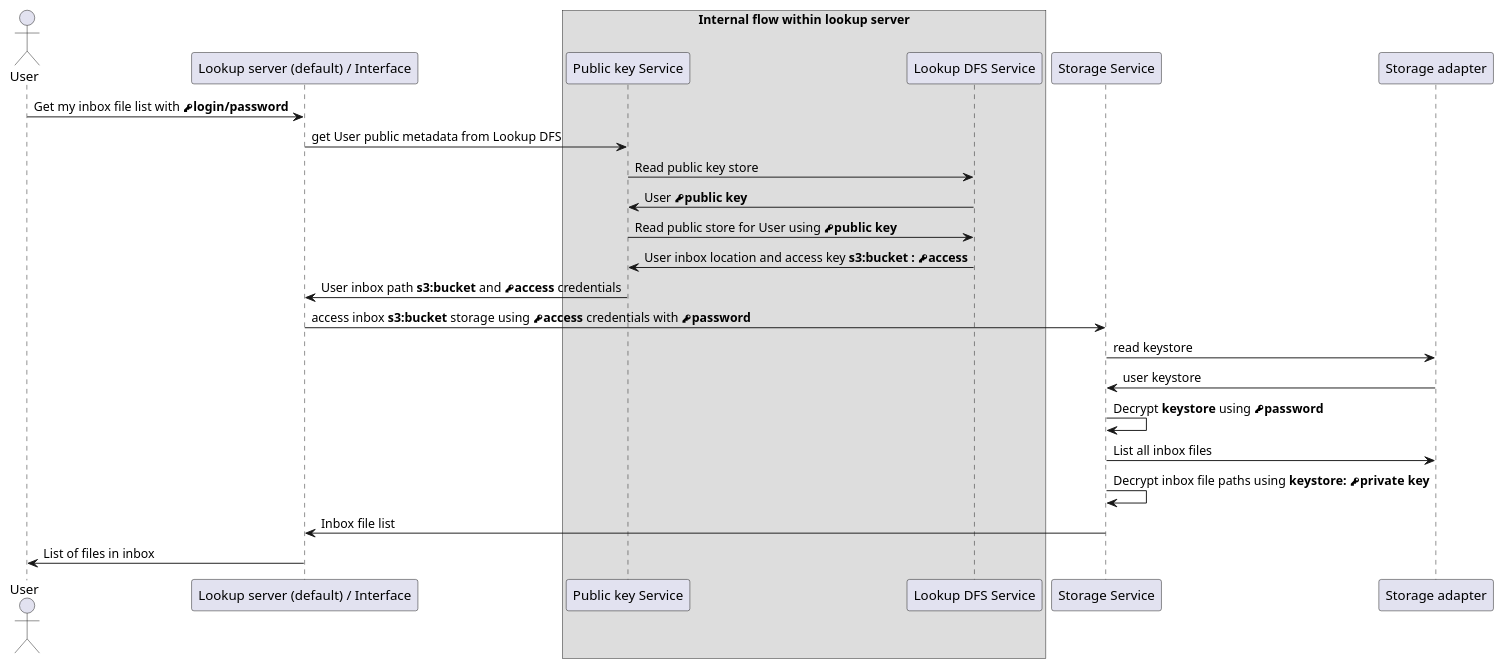
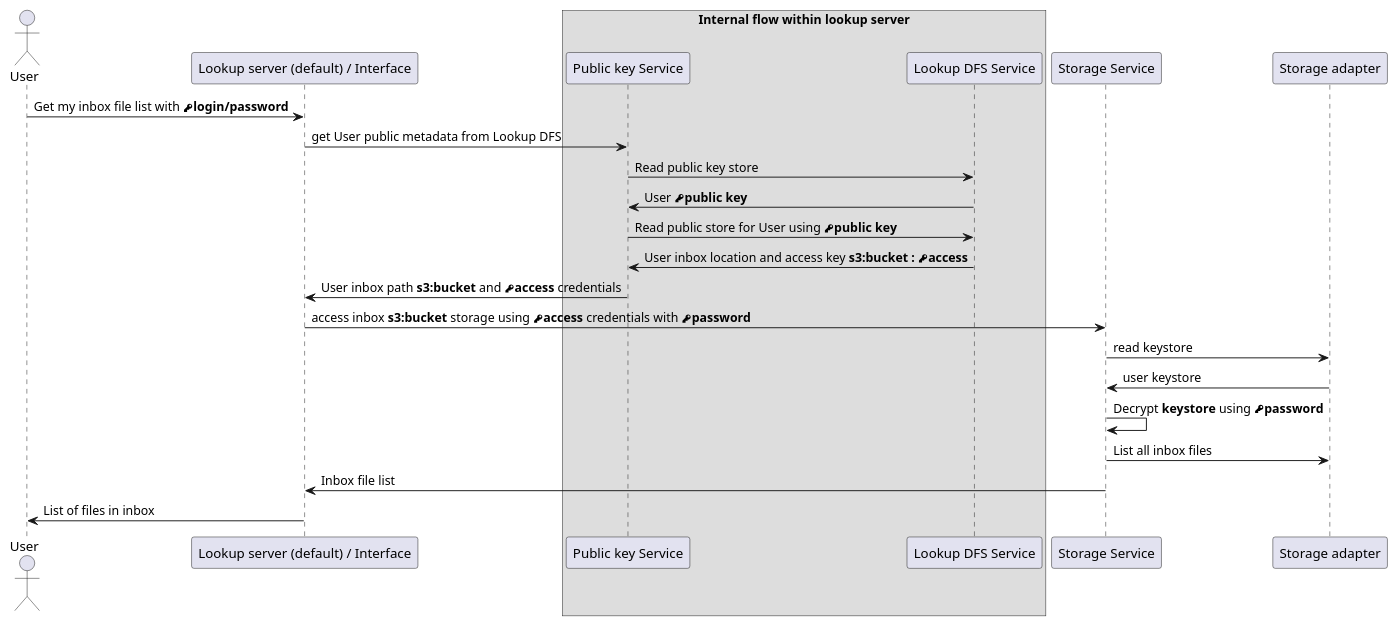
One commit to adorsys/datasafe changed the diagram in docs/diagrams/sequence_read_inbox.puml. Above: the diagram before and after it, drawn with PlantUML. The commit also changed 3 other files, not shown here.

```diff
--- a/docs/diagrams/sequence_read_inbox.puml
+++ b/docs/diagrams/sequence_read_inbox.puml
@@ -1,20 +1,19 @@
 @startuml
 actor User
 User->"Lookup server (default) / Interface" as ls : Get my inbox file list with **<&key>login/password**
 box "Internal flow within lookup server"
 ls->"Public key Service" as lss : get User public metadata from Lookup DFS
 lss->"Lookup DFS Service" as DFS : Read public key store
 DFS->lss : User **<&key>public key**
 lss->DFS : Read public store for User using **<&key>public key**
 DFS->lss : User inbox location and access key **s3:bucket : <&key>access**
 end box
 lss->ls : User inbox path **s3:bucket** and **<&key>access** credentials
 ls->"Storage Service" as ss : access inbox **s3:bucket** storage using **<&key>access** credentials with **<&key>password**
 ss->"Storage adapter" as sa : read keystore
 sa->ss : user keystore
 ss->ss : Decrypt **keystore** using **<&key>password**
 ss->sa : List all inbox files
-ss->ss : Decrypt inbox file paths using **keystore: <&key>private key**
 ss->ls : Inbox file list
 ls->User : List of files in inbox
 @enduml
```
